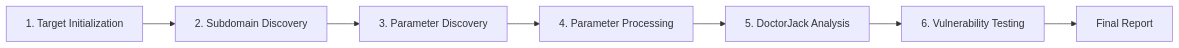
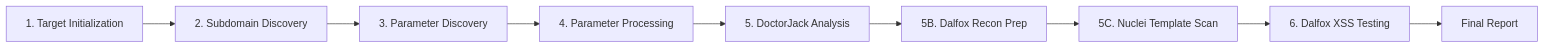
The second of 3 diagrams in README.md (mohithakur0602/Babafrar), drawn with Mermaid before and after one commit. The commit also changed other lines of this file, not shown here.

Commit message:
Update README workflow diagrams

````diff
--- a/README.md
+++ b/README.md
@@ -77,9 +88,11 @@
 ```mermaid
 flowchart LR
     M1[1. Target Initialization] --> M2[2. Subdomain Discovery]
     M2 --> M3[3. Parameter Discovery]
     M3 --> M4[4. Parameter Processing]
     M4 --> M5[5. DoctorJack Analysis]
-    M5 --> M6[6. Vulnerability Testing]
+    M5 --> M5B[5B. Dalfox Recon Prep]
+    M5B --> M5C[5C. Nuclei Template Scan]
+    M5C --> M6[6. Dalfox XSS Testing]
     M6 --> R[Final Report]
 ```
````
